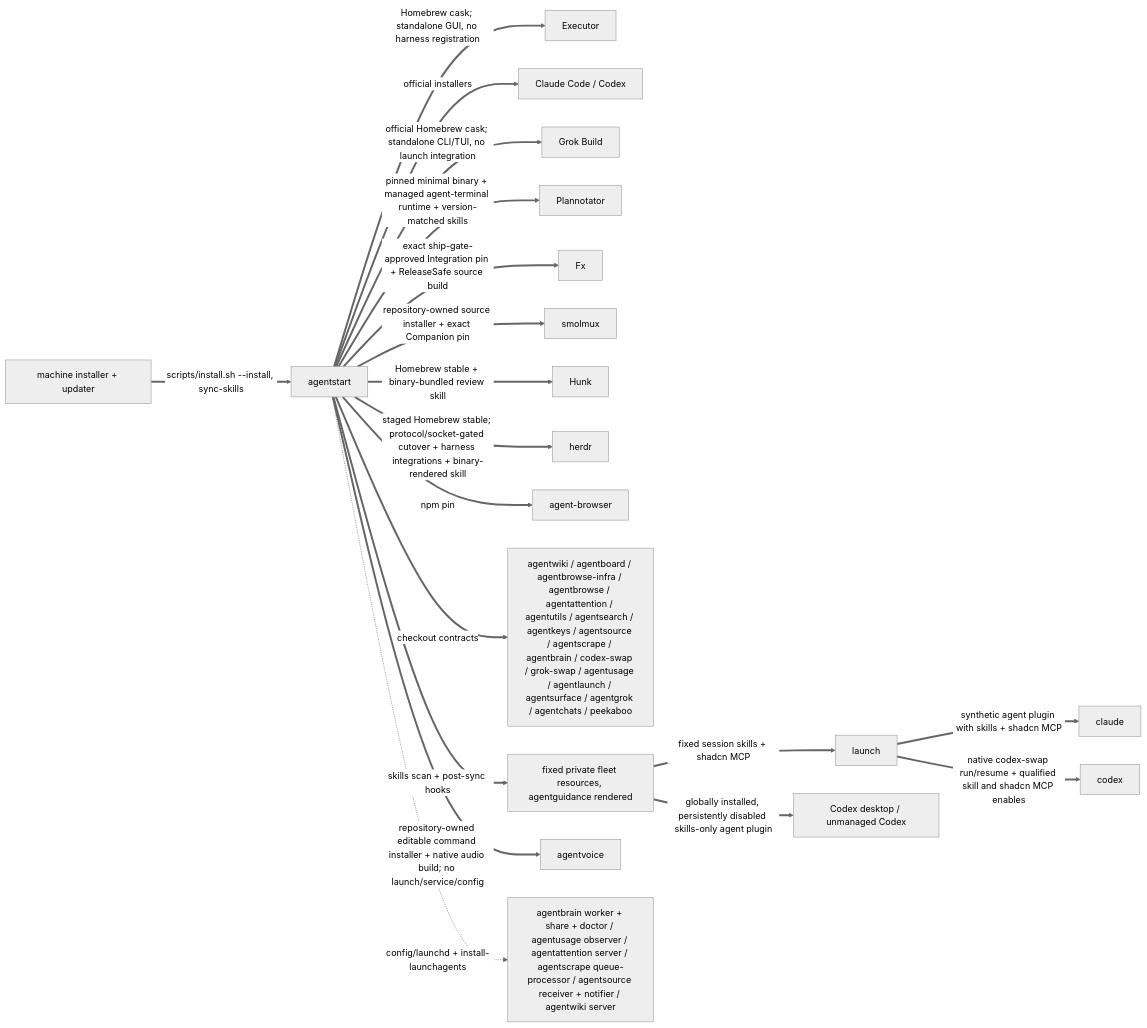
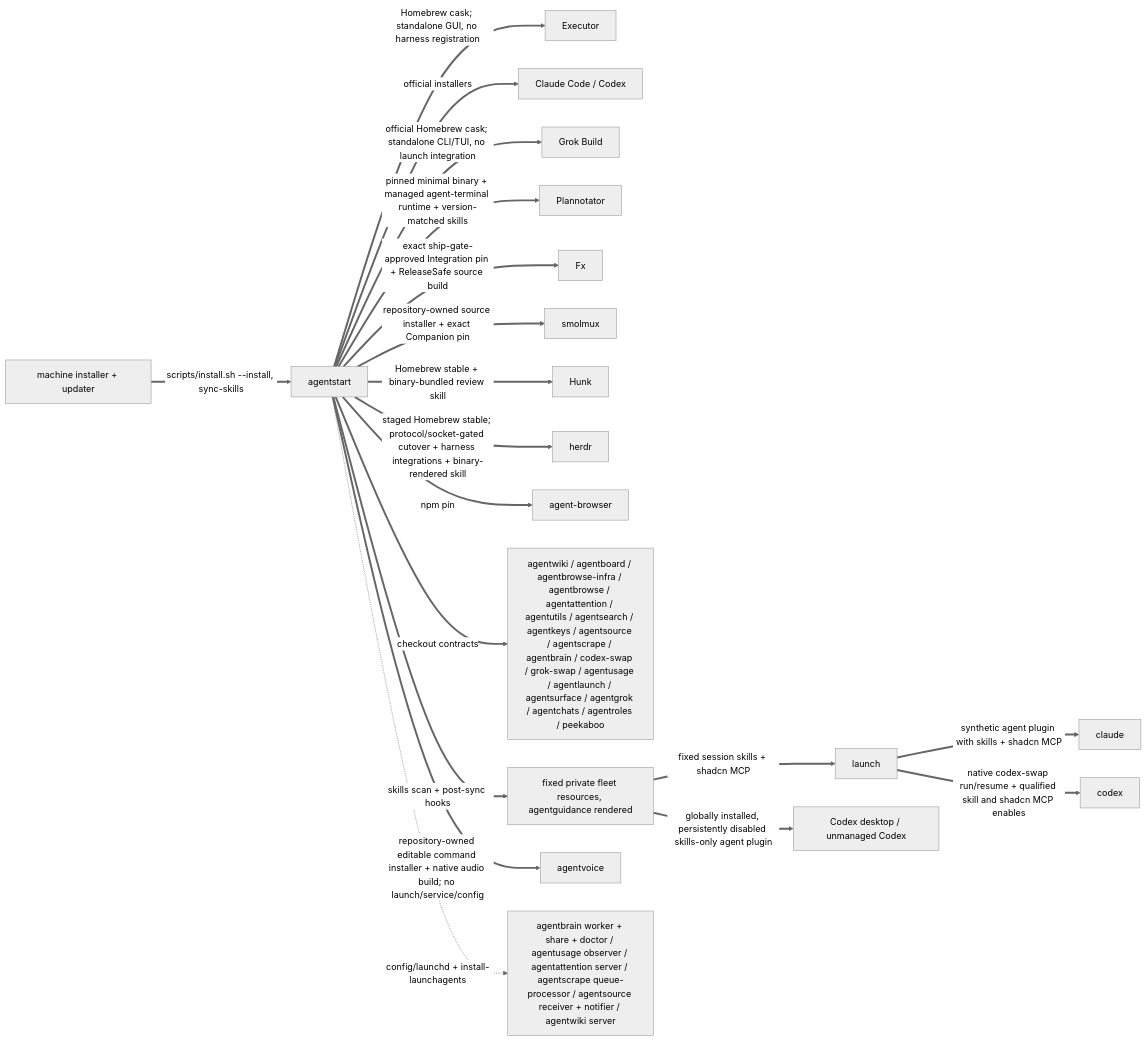
Before and after one commit to possibilities/agentstart: the second of 3 diagrams in skills/fleet/MAP.md, drawn with Mermaid (neutral theme). The commit also changed other lines of this file and 1 other file, not shown here.

First line of the commit message:
Install agentroles with the fleet CLIs and map its edges

````diff
--- a/skills/fleet/MAP.md
+++ b/skills/fleet/MAP.md
@@ -98,24 +102,24 @@
 ```mermaid
 flowchart LR
     machine[machine installer + updater]
     start[agentstart]
 
     machine ==>|scripts/install.sh --install, sync-skills| start
     start ==>|Homebrew cask; standalone GUI, no harness registration| executor[Executor]
     start ==>|official installers| harnesses[Claude Code / Codex]
     start ==>|official Homebrew cask; standalone CLI/TUI, no launch integration| grok[Grok Build]
     start ==>|pinned minimal binary + managed agent-terminal runtime + version-matched skills| plannotator[Plannotator]
     start ==>|exact ship-gate-approved Integration pin + ReleaseSafe source build| fx[Fx]
     start ==>|repository-owned source installer + exact Companion pin| smolmuxInstall[smolmux]
     start ==>|Homebrew stable + binary-bundled review skill| hunk[Hunk]
     start ==>|staged Homebrew stable; protocol/socket-gated cutover + harness integrations + binary-rendered skill| herdrInstall[herdr]
     start ==>|npm pin| browser[agent-browser]
-    start ==>|checkout contracts| fleet[agentwiki / agentboard / agentbrowse-infra / agentbrowse / agentattention / agentutils / agentsearch / agentkeys / agentsource / agentscrape / agentbrain / codex-swap / grok-swap / agentusage / agentlaunch / agentsurface / agentgrok / agentchats / peekaboo]
+    start ==>|checkout contracts| fleet[agentwiki / agentboard / agentbrowse-infra / agentbrowse / agentattention / agentutils / agentsearch / agentkeys / agentsource / agentscrape / agentbrain / codex-swap / grok-swap / agentusage / agentlaunch / agentsurface / agentgrok / agentchats / agentroles / peekaboo]
     start ==>|skills scan + post-sync hooks| skills[fixed private fleet resources, agentguidance rendered]
     start ==>|repository-owned editable command installer + native audio build; no launch/service/config| voiceInstall[agentvoice]
     skills ==>|fixed session skills + shadcn MCP| launch
     launch ==>|synthetic agent plugin with skills + shadcn MCP| claude
     launch ==>|native codex-swap run/resume + qualified skill and shadcn MCP enables| codex
     skills ==>|globally installed, persistently disabled skills-only agent plugin| codexDesktop[Codex desktop / unmanaged Codex]
     start -.->|config/launchd + install-launchagents| services[agentbrain worker + share + doctor / agentusage observer / agentattention server / agentscrape queue-processor / agentsource receiver + notifier / agentwiki server]
 ```
````
